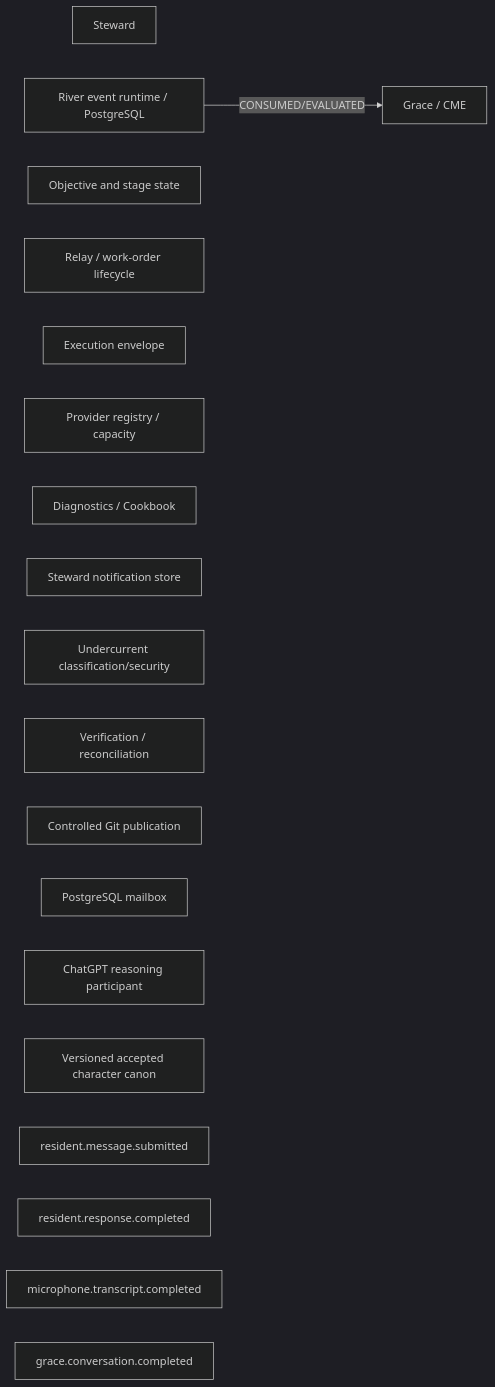
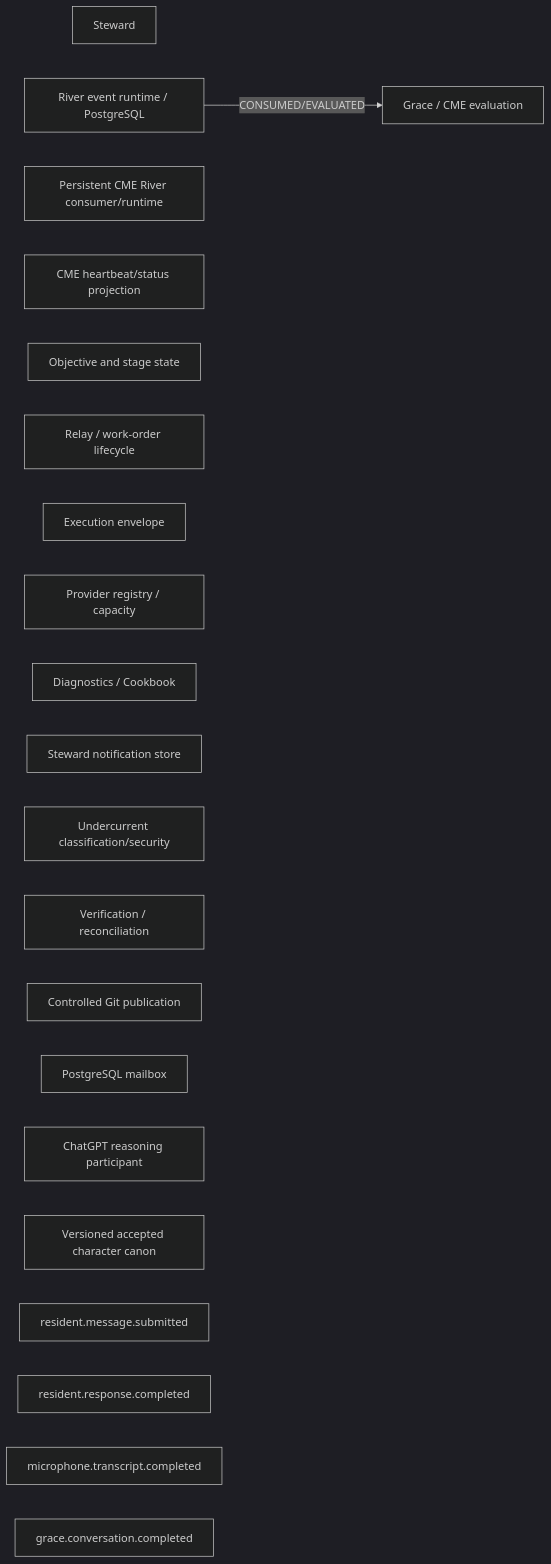
The diagram in docs/architecture/graph_views/04_resident_conversation.mmd (ppow1/Riverview), drawn with Mermaid (dark theme) before and after one commit. The commit also changed 25 other files, not shown here.

Commit message:
Repair CME continuous runtime and add authoritative Operator heartbeat

```diff
--- a/docs/architecture/graph_views/04_resident_conversation.mmd
+++ b/docs/architecture/graph_views/04_resident_conversation.mmd
@@ -1,21 +1,23 @@
 flowchart LR
     steward["Steward"]
     river["River event runtime / PostgreSQL"]
-    grace["Grace / CME"]
+    cme_runtime["Persistent CME River consumer/runtime"]
+    cme_status_projection["CME heartbeat/status projection"]
+    grace["Grace / CME evaluation"]
     objective_state["Objective and stage state"]
     relay["Relay / work-order lifecycle"]
     execution_envelope["Execution envelope"]
     providers["Provider registry / capacity"]
     diagnostics["Diagnostics / Cookbook"]
     notifications["Steward notification store"]
     undercurrent["Undercurrent classification/security"]
     verification["Verification / reconciliation"]
     publication["Controlled Git publication"]
     mailbox["PostgreSQL mailbox"]
     chatgpt["ChatGPT reasoning participant"]
     character_canon["Versioned accepted character canon"]
     flow_event_resident_message_submitted["resident.message.submitted"]
     flow_event_resident_response_completed["resident.response.completed"]
     flow_event_microphone_transcript_completed["microphone.transcript.completed"]
     flow_event_grace_conversation_completed["grace.conversation.completed"]
     river -->|CONSUMED/EVALUATED| grace
```
